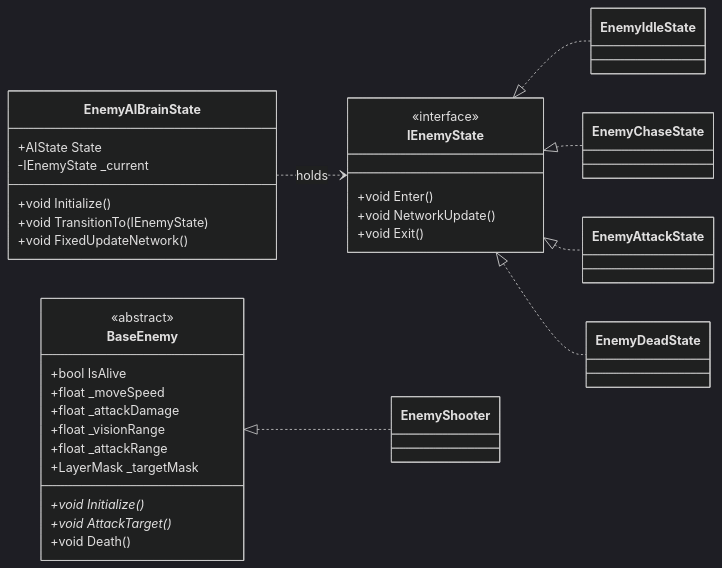
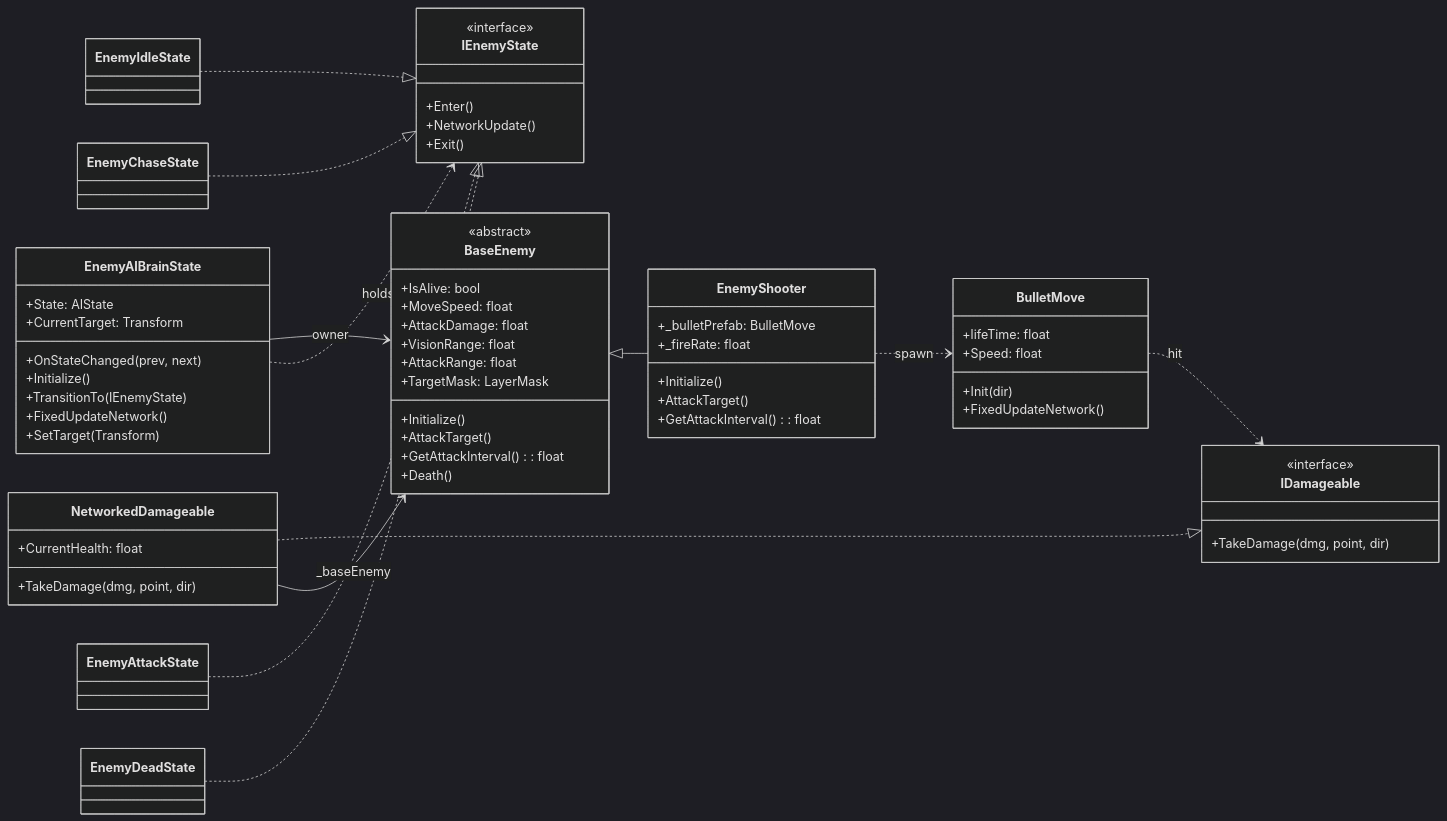
One commit to rioreo9/NetworkProject changed the first of 2 diagrams in Assets/Docs/敵システム仕様書.md. Above: the diagram before and after it, drawn with Mermaid (dark theme). The commit also changed other lines of this file and 2 other files, not shown here.

````diff
--- a/Assets/Docs/敵システム仕様書.md
+++ b/Assets/Docs/敵システム仕様書.md
@@ -29,44 +88,77 @@
 ```mermaid
 classDiagram
 direction LR
 
 class BaseEnemy {
   <<abstract>>
-  +bool IsAlive
-  +float _moveSpeed
-  +float _attackDamage
-  +float _visionRange
-  +float _attackRange
-  +LayerMask _targetMask
-  +void Initialize()*
-  +void AttackTarget()*
-  +void Death()
+  +IsAlive: bool
+  +MoveSpeed: float
+  +AttackDamage: float
+  +VisionRange: float
+  +AttackRange: float
+  +TargetMask: LayerMask
+  +Initialize()
+  +AttackTarget()
+  +GetAttackInterval(): float
+  +Death()
+}
+
+class EnemyShooter {
+  +_bulletPrefab: BulletMove
+  +_fireRate: float
+  +Initialize()
+  +AttackTarget()
+  +GetAttackInterval(): float
 }
 
 class EnemyAIBrainState {
-  +AIState State
-  -IEnemyState _current
-  +void Initialize()
-  +void TransitionTo(IEnemyState)
-  +void FixedUpdateNetwork()
+  +State: AIState
+  +OnStateChanged(prev, next)
+  +Initialize()
+  +TransitionTo(IEnemyState)
+  +FixedUpdateNetwork()
+  +CurrentTarget: Transform
+  +SetTarget(Transform)
 }
 
 class IEnemyState {
   <<interface>>
-  +void Enter()
-  +void NetworkUpdate()
-  +void Exit()
+  +Enter()
+  +NetworkUpdate()
+  +Exit()
 }
 
 class EnemyIdleState
 class EnemyChaseState
 class EnemyAttackState
 class EnemyDeadState
 
-BaseEnemy <|.. EnemyShooter
+class BulletMove {
+  +lifeTime: float
+  +Speed: float
+  +Init(dir)
+  +FixedUpdateNetwork()
+}
+
+class IDamageable {
+  <<interface>>
+  +TakeDamage(dmg, point, dir)
+}
+
+class NetworkedDamageable {
+  +CurrentHealth: float
+  +TakeDamage(dmg, point, dir)
+}
+
+BaseEnemy <|-- EnemyShooter
+EnemyAIBrainState --> BaseEnemy : owner
 EnemyAIBrainState ..> IEnemyState : holds
-IEnemyState <|.. EnemyIdleState
-IEnemyState <|.. EnemyChaseState
-IEnemyState <|.. EnemyAttackState
-IEnemyState <|.. EnemyDeadState
+EnemyIdleState ..|> IEnemyState
+EnemyChaseState ..|> IEnemyState
+EnemyAttackState ..|> IEnemyState
+EnemyDeadState ..|> IEnemyState
+EnemyShooter ..> BulletMove : spawn
+NetworkedDamageable ..|> IDamageable
+NetworkedDamageable --> BaseEnemy : _baseEnemy
+BulletMove ..> IDamageable : hit
 ```
````
